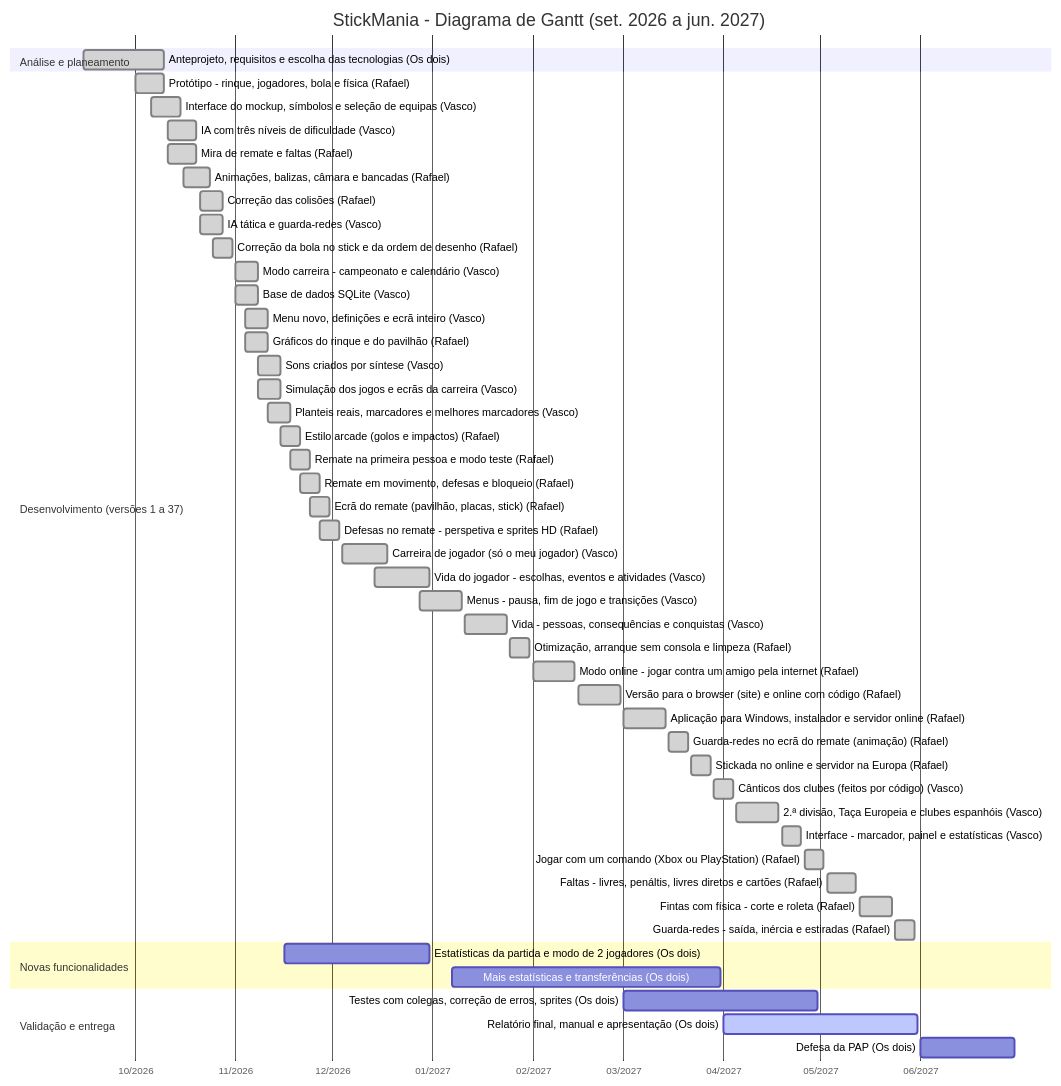
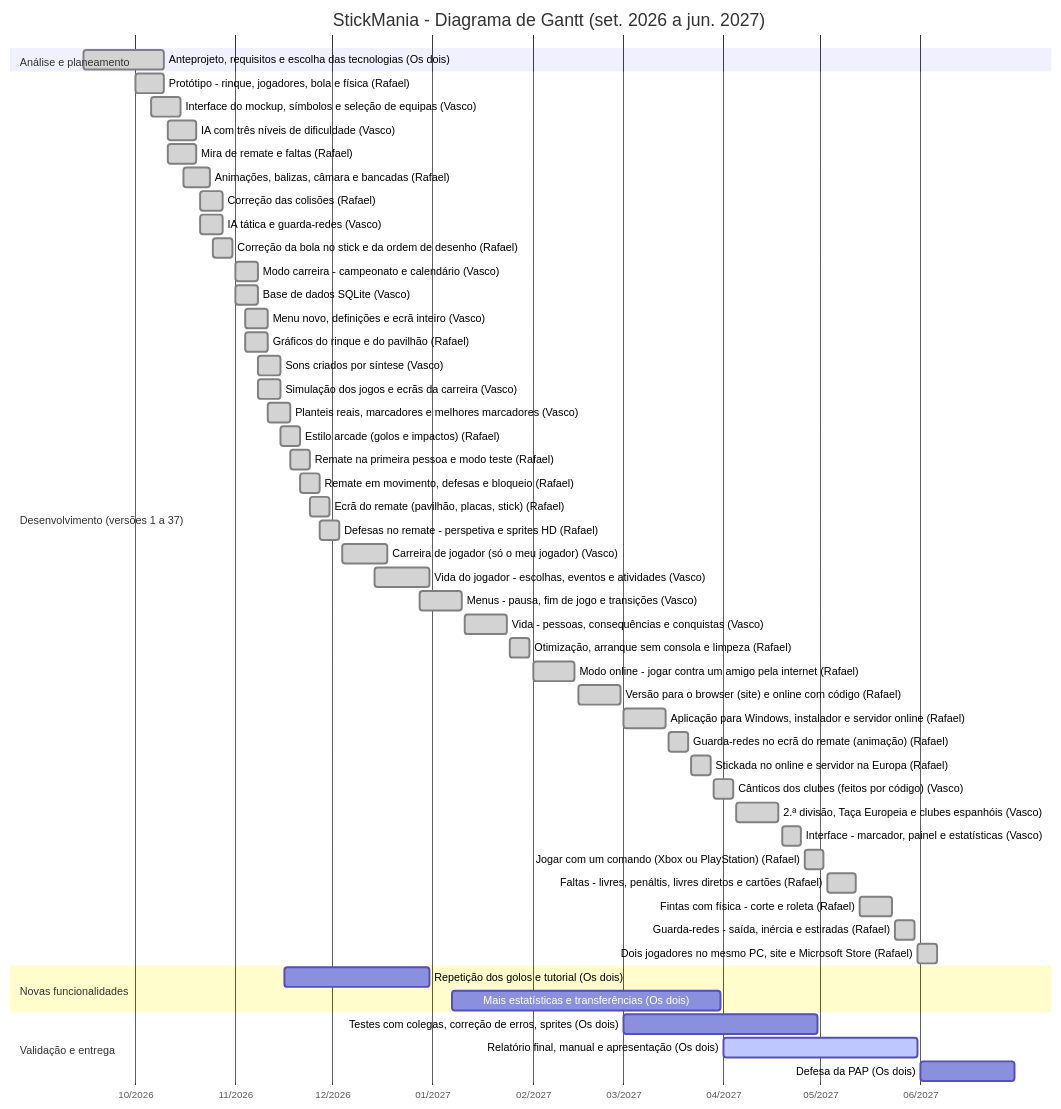
Before and after one commit to RafaelSilveira23/Stickmaniapap: the diagram in docs/GANTT.md, drawn with Mermaid. The commit also changed other lines of this file and 19 other files, not shown here.

Commit message:
v38: dois jogadores no mesmo PC (comando ou teclado partilhado)

````diff
--- a/docs/GANTT.md
+++ b/docs/GANTT.md
@@ -13,55 +13,56 @@
 ```mermaid
 gantt
     title StickMania - Diagrama de Gantt (set. 2026 a jun. 2027)
     dateFormat YYYY-MM-DD
     axisFormat %m/%Y
     tickInterval 1month
     todayMarker off
     section Análise e planeamento
     Anteprojeto, requisitos e escolha das tecnologias (Os dois) :done, t1, 2026-09-15, 2026-10-10
     section Desenvolvimento (versões 1 a 37)
     Protótipo - rinque, jogadores, bola e física (Rafael) :done, t2, 2026-10-01, 2026-10-10
     Interface do mockup, símbolos e seleção de equipas (Vasco) :done, t3, 2026-10-06, 2026-10-15
     IA com três níveis de dificuldade (Vasco) :done, t4, 2026-10-11, 2026-10-20
     Mira de remate e faltas (Rafael) :done, t5, 2026-10-11, 2026-10-20
     Animações, balizas, câmara e bancadas (Rafael) :done, t6, 2026-10-16, 2026-10-24
     Correção das colisões (Rafael) :done, t7, 2026-10-21, 2026-10-28
     IA tática e guarda-redes (Vasco) :done, t8, 2026-10-21, 2026-10-28
     Correção da bola no stick e da ordem de desenho (Rafael) :done, t9, 2026-10-25, 2026-10-31
     Modo carreira - campeonato e calendário (Vasco) :done, t10, 2026-11-01, 2026-11-08
     Base de dados SQLite (Vasco) :done, t11, 2026-11-01, 2026-11-08
     Menu novo, definições e ecrã inteiro (Vasco) :done, t12, 2026-11-04, 2026-11-11
     Gráficos do rinque e do pavilhão (Rafael) :done, t13, 2026-11-04, 2026-11-11
     Sons criados por síntese (Vasco) :done, t14, 2026-11-08, 2026-11-15
     Simulação dos jogos e ecrãs da carreira (Vasco) :done, t15, 2026-11-08, 2026-11-15
     Planteis reais, marcadores e melhores marcadores (Vasco) :done, t16, 2026-11-11, 2026-11-18
     Estilo arcade (golos e impactos) (Rafael) :done, t17, 2026-11-15, 2026-11-21
     Remate na primeira pessoa e modo teste (Rafael) :done, t18, 2026-11-18, 2026-11-24
     Remate em movimento, defesas e bloqueio (Rafael) :done, t19, 2026-11-21, 2026-11-27
     Ecrã do remate (pavilhão, placas, stick) (Rafael) :done, t20, 2026-11-24, 2026-11-30
     Defesas no remate - perspetiva e sprites HD (Rafael) :done, t21, 2026-11-27, 2026-12-03
     Carreira de jogador (só o meu jogador) (Vasco) :done, t22, 2026-12-04, 2026-12-18
     Vida do jogador - escolhas, eventos e atividades (Vasco) :done, t23, 2026-12-14, 2026-12-31
     Menus - pausa, fim de jogo e transições (Vasco) :done, t24, 2026-12-28, 2027-01-10
     Vida - pessoas, consequências e conquistas (Vasco) :done, t25, 2027-01-11, 2027-01-24
     Otimização, arranque sem consola e limpeza (Rafael) :done, t26, 2027-01-25, 2027-01-31
     Modo online - jogar contra um amigo pela internet (Rafael) :done, t27, 2027-02-01, 2027-02-14
     Versão para o browser (site) e online com código (Rafael) :done, t28, 2027-02-15, 2027-02-28
     Aplicação para Windows, instalador e servidor online (Rafael) :done, t29, 2027-03-01, 2027-03-14
     Guarda-redes no ecrã do remate (animação) (Rafael) :done, t30, 2027-03-15, 2027-03-21
     Stickada no online e servidor na Europa (Rafael) :done, t31, 2027-03-22, 2027-03-28
     Cânticos dos clubes (feitos por código) (Vasco) :done, t32, 2027-03-29, 2027-04-04
     2.ª divisão, Taça Europeia e clubes espanhóis (Vasco) :done, t33, 2027-04-05, 2027-04-18
     Interface - marcador, painel e estatísticas (Vasco) :done, t34, 2027-04-19, 2027-04-25
     Jogar com um comando (Xbox ou PlayStation) (Rafael) :done, t35, 2027-04-26, 2027-05-02
     Faltas - livres, penáltis, livres diretos e cartões (Rafael) :done, t36, 2027-05-03, 2027-05-12
     Fintas com física - corte e roleta (Rafael) :done, t37, 2027-05-13, 2027-05-23
     Guarda-redes - saída, inércia e estiradas (Rafael) :done, t38, 2027-05-24, 2027-05-30
+    Dois jogadores no mesmo PC, site e Microsoft Store (Rafael) :done, t39, 2027-05-31, 2027-06-06
     section Novas funcionalidades
-    Estatísticas da partida e modo de 2 jogadores (Os dois) :t39, 2026-11-16, 2026-12-31
-    Mais estatísticas e transferências (Os dois) :t40, 2027-01-07, 2027-03-31
+    Repetição dos golos e tutorial (Os dois) :t40, 2026-11-16, 2026-12-31
+    Mais estatísticas e transferências (Os dois) :t41, 2027-01-07, 2027-03-31
     section Validação e entrega
-    Testes com colegas, correção de erros, sprites (Os dois) :t41, 2027-03-01, 2027-04-30
-    Relatório final, manual e apresentação (Os dois) :active, t42, 2027-04-01, 2027-05-31
-    Defesa da PAP (Os dois) :t43, 2027-06-01, 2027-06-30
+    Testes com colegas, correção de erros, sprites (Os dois) :t42, 2027-03-01, 2027-04-30
+    Relatório final, manual e apresentação (Os dois) :active, t43, 2027-04-01, 2027-05-31
+    Defesa da PAP (Os dois) :t44, 2027-06-01, 2027-06-30
 ```
````
